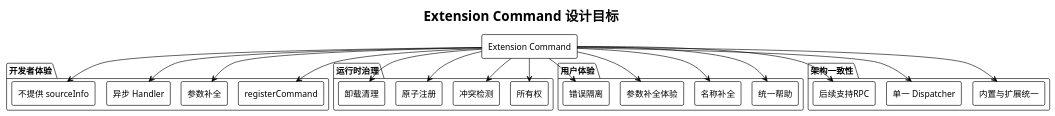
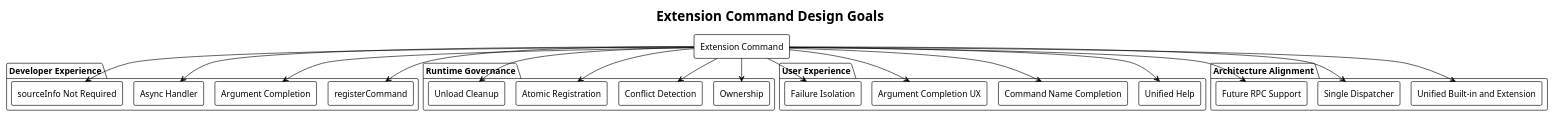
One commit to superheromeZzh/pi-mono-java-design changed the first of 20 diagrams in diagrams/extension-command/diagram.puml. Above: the diagram before and after it, drawn with PlantUML. The commit also changed other lines of this file and 48 other files, not shown here.

Commit message:
docs: require English PlantUML diagrams

```diff
--- a/diagrams/extension-command/diagram.puml
+++ b/diagrams/extension-command/diagram.puml
@@ -4,52 +4,52 @@
 @startuml 01-extension-command-overview
 ' pi source: packages/coding-agent/src/core/extensions/types.ts:1097-1107,1179
 ' pi source: packages/coding-agent/src/core/agent-session.ts:1138-1165
 ' Design reason: organize the public API, runtime governance, user discovery, and unified dispatch goals.
 !theme plain
 !pragma layout smetana
-skinparam defaultFontName "PingFang SC"
+skinparam defaultFontName "SansSerif"
 skinparam shadowing false
 skinparam backgroundColor transparent
-title Extension Command 设计目标
+title Extension Command Design Goals
 
 rectangle "Extension Command" as Root
-package "开发者体验" {
+package "Developer Experience" {
   rectangle registerCommand
-  rectangle 参数补全
-  rectangle "异步 Handler" as AsyncHandler
-  rectangle "不提供 sourceInfo" as NoSourceInfo
+  rectangle "Argument Completion" as ArgumentCompletion
+  rectangle "Async Handler" as AsyncHandler
+  rectangle "sourceInfo Not Required" as NoSourceInfo
 }
-package "运行时治理" {
-  rectangle 所有权
-  rectangle 冲突检测
-  rectangle 原子注册
-  rectangle 卸载清理
+package "Runtime Governance" {
+  rectangle Ownership
+  rectangle "Conflict Detection" as ConflictDetection
+  rectangle "Atomic Registration" as AtomicRegistration
+  rectangle "Unload Cleanup" as UnloadCleanup
 }
-package "用户体验" {
-  rectangle 统一帮助
-  rectangle 名称补全
-  rectangle 参数补全体验
-  rectangle 错误隔离
+package "User Experience" {
+  rectangle "Unified Help" as UnifiedHelp
+  rectangle "Command Name Completion" as NameCompletion
+  rectangle "Argument Completion UX" as ArgumentCompletionUx
+  rectangle "Failure Isolation" as FailureIsolation
 }
-package "架构一致性" {
-  rectangle 内置与扩展统一
-  rectangle "单一 Dispatcher" as SingleDispatcher
-  rectangle 后续支持RPC
+package "Architecture Alignment" {
+  rectangle "Unified Built-in and Extension" as UnifiedCommands
+  rectangle "Single Dispatcher" as SingleDispatcher
+  rectangle "Future RPC Support" as FutureRpcSupport
 }
 
 Root --> registerCommand
-Root --> 参数补全
+Root --> ArgumentCompletion
 Root --> AsyncHandler
 Root --> NoSourceInfo
-Root --> 所有权
-Root --> 冲突检测
-Root --> 原子注册
-Root --> 卸载清理
-Root --> 统一帮助
-Root --> 名称补全
-Root --> 参数补全体验
-Root --> 错误隔离
-Root --> 内置与扩展统一
+Root --> Ownership
+Root --> ConflictDetection
+Root --> AtomicRegistration
+Root --> UnloadCleanup
+Root --> UnifiedHelp
+Root --> NameCompletion
+Root --> ArgumentCompletionUx
+Root --> FailureIsolation
+Root --> UnifiedCommands
 Root --> SingleDispatcher
-Root --> 后续支持RPC
+Root --> FutureRpcSupport
 @enduml
```
